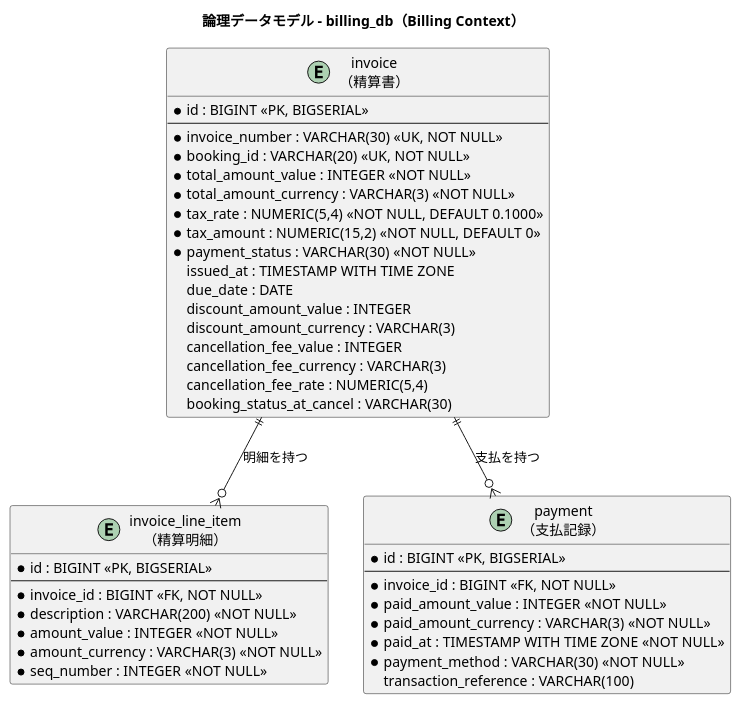
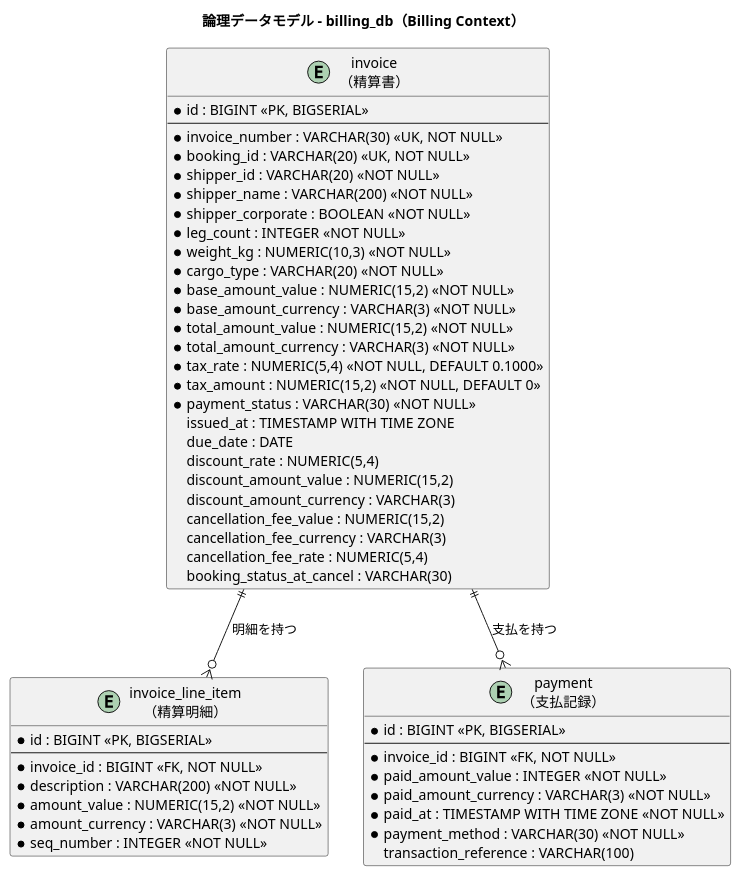
Before and after one commit to k2works/case-study-cargo-tracker: the seventh of 7 diagrams in docs/design/data-model.md, drawn with PlantUML. The commit also changed other lines of this file and 2 other files, not shown here.

````diff
--- a/docs/design/data-model.md
+++ b/docs/design/data-model.md
@@ -740,50 +740,59 @@
 ```plantuml
 @startuml
 title 論理データモデル - billing_db（Billing Context）
 
 entity "invoice\n（精算書）" as invoice {
   * id : BIGINT <<PK, BIGSERIAL>>
   --
   * invoice_number : VARCHAR(30) <<UK, NOT NULL>>
   * booking_id : VARCHAR(20) <<UK, NOT NULL>>
-  * total_amount_value : INTEGER <<NOT NULL>>
+  * shipper_id : VARCHAR(20) <<NOT NULL>>
+  * shipper_name : VARCHAR(200) <<NOT NULL>>
+  * shipper_corporate : BOOLEAN <<NOT NULL>>
+  * leg_count : INTEGER <<NOT NULL>>
+  * weight_kg : NUMERIC(10,3) <<NOT NULL>>
+  * cargo_type : VARCHAR(20) <<NOT NULL>>
+  * base_amount_value : NUMERIC(15,2) <<NOT NULL>>
+  * base_amount_currency : VARCHAR(3) <<NOT NULL>>
+  * total_amount_value : NUMERIC(15,2) <<NOT NULL>>
   * total_amount_currency : VARCHAR(3) <<NOT NULL>>
   * tax_rate : NUMERIC(5,4) <<NOT NULL, DEFAULT 0.1000>>
   * tax_amount : NUMERIC(15,2) <<NOT NULL, DEFAULT 0>>
   * payment_status : VARCHAR(30) <<NOT NULL>>
   issued_at : TIMESTAMP WITH TIME ZONE
   due_date : DATE
-  discount_amount_value : INTEGER
+  discount_rate : NUMERIC(5,4)
+  discount_amount_value : NUMERIC(15,2)
   discount_amount_currency : VARCHAR(3)
-  cancellation_fee_value : INTEGER
+  cancellation_fee_value : NUMERIC(15,2)
   cancellation_fee_currency : VARCHAR(3)
   cancellation_fee_rate : NUMERIC(5,4)
   booking_status_at_cancel : VARCHAR(30)
 }
 
 entity "invoice_line_item\n（精算明細）" as invoice_line_item {
   * id : BIGINT <<PK, BIGSERIAL>>
   --
   * invoice_id : BIGINT <<FK, NOT NULL>>
   * description : VARCHAR(200) <<NOT NULL>>
-  * amount_value : INTEGER <<NOT NULL>>
+  * amount_value : NUMERIC(15,2) <<NOT NULL>>
   * amount_currency : VARCHAR(3) <<NOT NULL>>
   * seq_number : INTEGER <<NOT NULL>>
 }
 
 entity "payment\n（支払記録）" as payment {
   * id : BIGINT <<PK, BIGSERIAL>>
   --
   * invoice_id : BIGINT <<FK, NOT NULL>>
   * paid_amount_value : INTEGER <<NOT NULL>>
   * paid_amount_currency : VARCHAR(3) <<NOT NULL>>
   * paid_at : TIMESTAMP WITH TIME ZONE <<NOT NULL>>
   * payment_method : VARCHAR(30) <<NOT NULL>>
   transaction_reference : VARCHAR(100)
 }
 
 invoice ||--o{ invoice_line_item : "明細を持つ"
 invoice ||--o{ payment : "支払を持つ"
 
 @enduml
 ```
````
